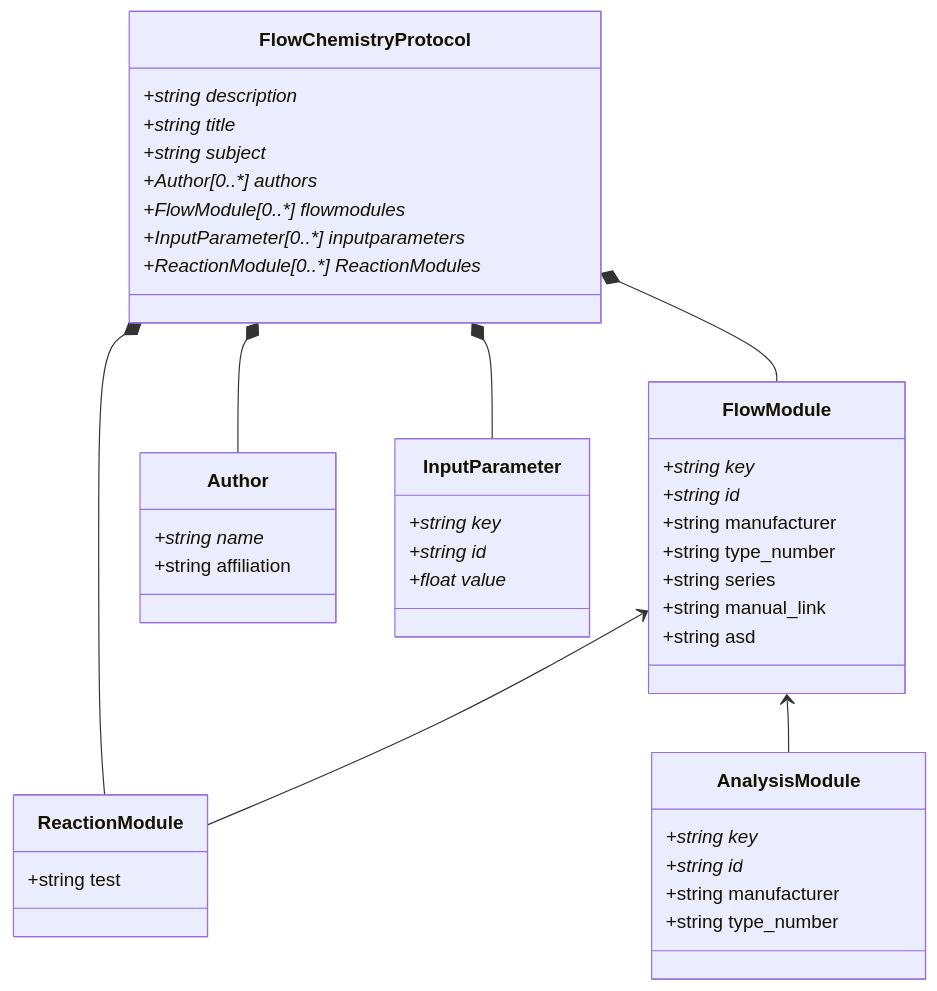
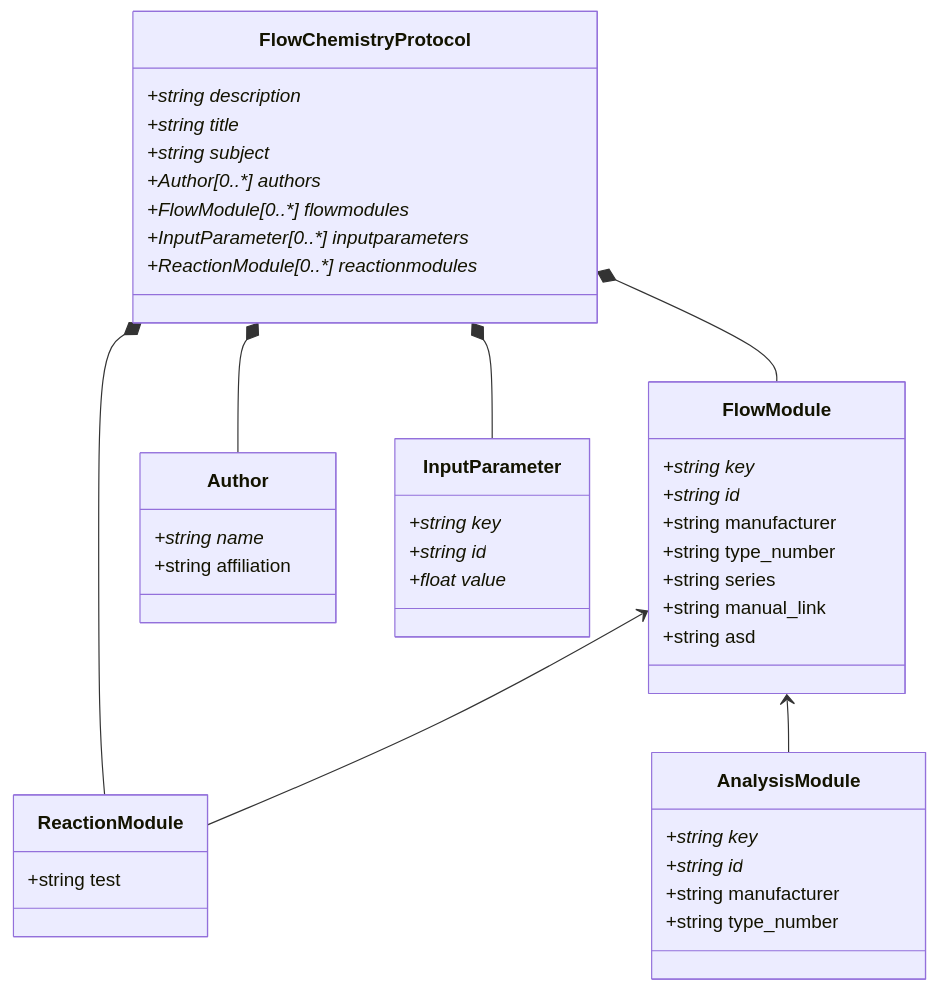
The diagram in pyDataset/schemes/Dataset.md (C-Kessler/sdrdm-flowchem-B2), drawn with Mermaid before and after one commit. The commit also changed 2 other files, not shown here.

Commit message:
fixed add to reac modules generate

````diff
--- a/pyDataset/schemes/Dataset.md
+++ b/pyDataset/schemes/Dataset.md
@@ -1,52 +1,52 @@
 ```mermaid
 classDiagram
     FlowModule <-- ReactionModule
     FlowModule <-- AnalysisModule
     FlowChemistryProtocol *-- Author
     FlowChemistryProtocol *-- FlowModule
     FlowChemistryProtocol *-- InputParameter
     FlowChemistryProtocol *-- ReactionModule
     
     class FlowChemistryProtocol {
         +string description*
         +string title*
         +string subject*
         +Author[0..*] authors*
         +FlowModule[0..*] flowmodules*
         +InputParameter[0..*] inputparameters*
-        +ReactionModule[0..*] ReactionModules*
+        +ReactionModule[0..*] reactionmodules*
     }
     
     class Author {
         +string name*
         +string affiliation
     }
     
     class FlowModule {
         +string key*
         +string id*
         +string manufacturer
         +string type_number
         +string series
         +string manual_link
         +string asd
     }
     
     class ReactionModule {
         +string test
     }
     
     class AnalysisModule {
         +string key*
         +string id*
         +string manufacturer
         +string type_number
     }
     
     class InputParameter {
         +string key*
         +string id*
         +float value*
     }
     
 ```
````
